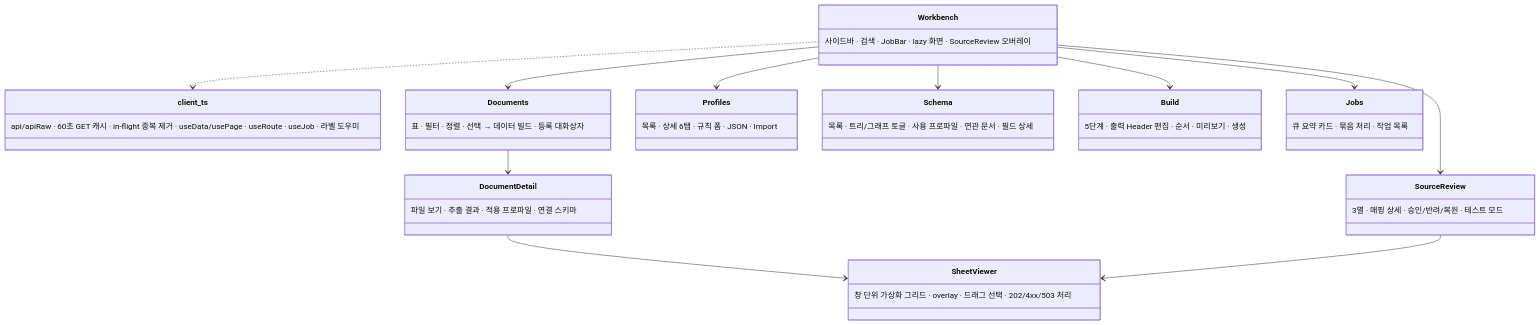
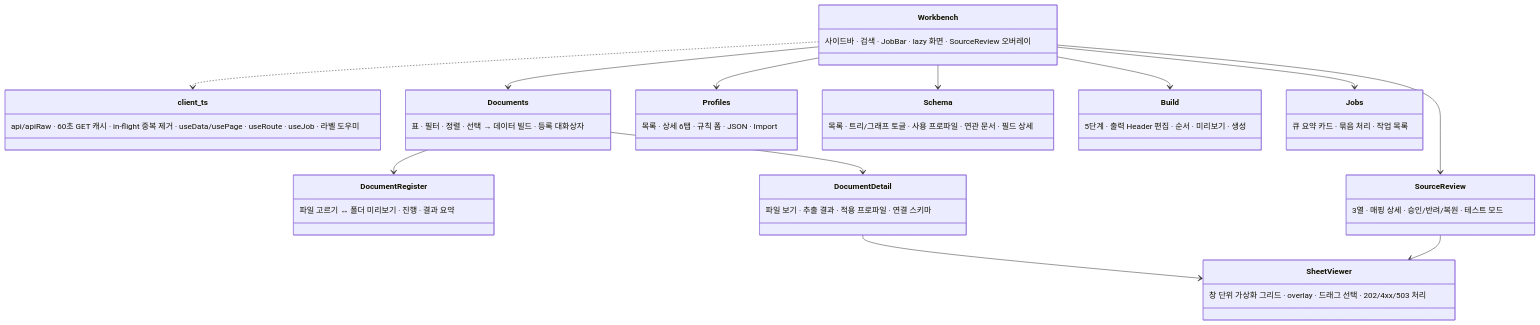
Before and after one commit to ujajuck/data_gathering: diagram 11 of 11 in docs/ARCHITECTURE_V3.md, drawn with Mermaid. The commit also changed other lines of this file and 55 other files, not shown here.

````diff
--- a/docs/ARCHITECTURE_V3.md
+++ b/docs/ARCHITECTURE_V3.md
@@ -523,23 +562,25 @@
 ```mermaid
 classDiagram
     class Workbench { 사이드바 · 검색 · JobBar · lazy 화면 · SourceReview 오버레이 }
     class client_ts { api/apiRaw · 60초 GET 캐시 · in-flight 중복 제거 · useData/usePage · useRoute · useJob · 라벨 도우미 }
     class SheetViewer { 창 단위 가상화 그리드 · overlay · 드래그 선택 · 202/4xx/503 처리 }
     class Documents { 표 · 필터 · 정렬 · 선택 → 데이터 빌드 · 등록 대화상자 }
+    class DocumentRegister { 파일 고르기 ↔ 폴더 미리보기 · 진행 · 결과 요약 }
     class DocumentDetail { 파일 보기 · 추출 결과 · 적용 프로파일 · 연결 스키마 }
     class Profiles { 목록 · 상세 6탭 · 규칙 폼 · JSON · Import }
     class Schema { 목록 · 트리/그래프 토글 · 사용 프로파일 · 연관 문서 · 필드 상세 }
     class Build { 5단계 · 출력 Header 편집 · 순서 · 미리보기 · 생성 }
     class Jobs { 큐 요약 카드 · 묶음 처리 · 작업 목록 }
     class SourceReview { 3열 · 매핑 상세 · 승인/반려/복원 · 테스트 모드 }
     Workbench --> Documents
     Workbench --> Profiles
     Workbench --> Schema
     Workbench --> Build
     Workbench --> Jobs
     Workbench --> SourceReview
+    Documents --> DocumentRegister
     Documents --> DocumentDetail
     DocumentDetail --> SheetViewer
     SourceReview --> SheetViewer
     Workbench ..> client_ts
 ```
````
